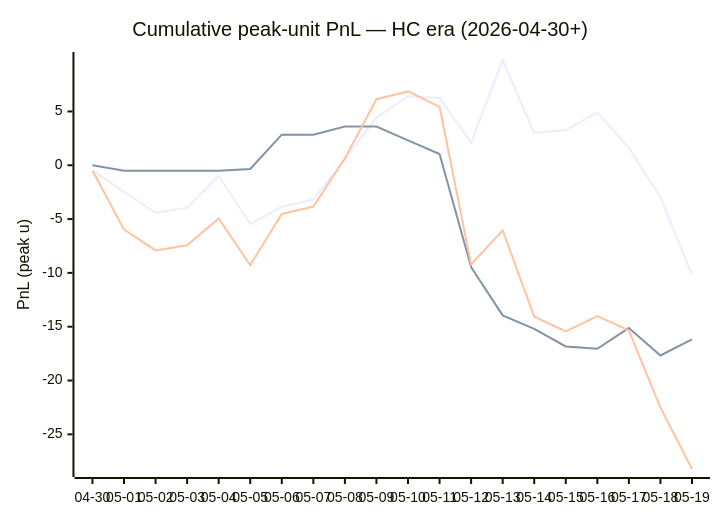
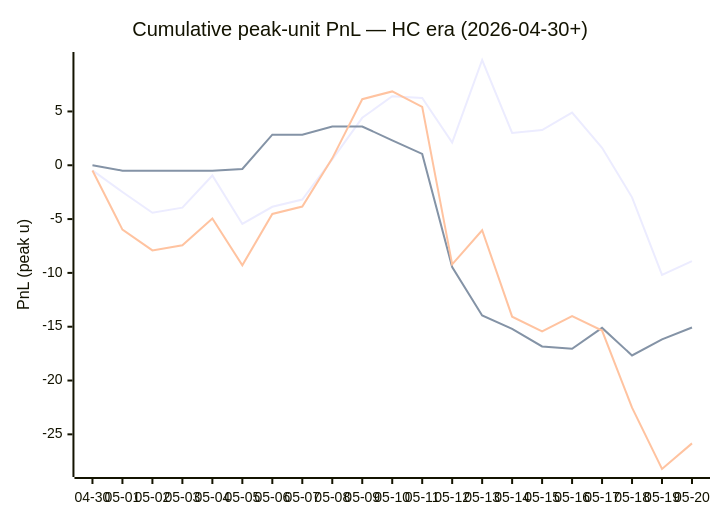
One commit to dpk1212/nhl-savant changed the diagram in DAILY_V6_REPORT.md. Above: the diagram before and after it, drawn with Mermaid. The commit also changed other lines of this file, not shown here.

````diff
--- a/DAILY_V6_REPORT.md
+++ b/DAILY_V6_REPORT.md
@@ -176,9 +180,9 @@
 ```mermaid
 xychart-beta
     title "Cumulative peak-unit PnL — HC era (2026-04-30+)"
-    x-axis ["04-30", "05-01", "05-02", "05-03", "05-04", "05-05", "05-06", "05-07", "05-08", "05-09", "05-10", "05-11", "05-12", "05-13", "05-14", "05-15", "05-16", "05-17", "05-18", "05-19"]
+    x-axis ["04-30", "05-01", "05-02", "05-03", "05-04", "05-05", "05-06", "05-07", "05-08", "05-09", "05-10", "05-11", "05-12", "05-13", "05-14", "05-15", "05-16", "05-17", "05-18", "05-19", "05-20"]
     y-axis "PnL (peak u)"
-    line "HC ≥ +1" [-0.48, -2.48, -4.41, -3.94, -0.95, -5.45, -3.86, -3.18, 0.54, 4.41, 6.41, 6.25, 2.11, 9.78, 3.00, 3.27, 4.90, 1.62, -2.98, -10.18]
-    line "HC = 0"  [0.00, -0.50, -0.50, -0.50, -0.50, -0.34, 2.84, 2.84, 3.60, 3.60, 2.32, 1.05, -9.45, -13.95, -15.20, -16.83, -17.05, -15.11, -17.67, -16.17]
-    line "All (HC era)" [-0.48, -5.98, -7.91, -7.44, -4.95, -9.29, -4.52, -3.84, 0.64, 6.14, 6.86, 5.43, -9.21, -6.04, -14.07, -15.43, -14.02, -15.36, -22.52, -28.22]
+    line "HC ≥ +1" [-0.48, -2.48, -4.41, -3.94, -0.95, -5.45, -3.86, -3.18, 0.54, 4.41, 6.41, 6.25, 2.11, 9.78, 3.00, 3.27, 4.90, 1.62, -2.98, -10.18, -8.90]
+    line "HC = 0"  [0.00, -0.50, -0.50, -0.50, -0.50, -0.34, 2.84, 2.84, 3.60, 3.60, 2.32, 1.05, -9.45, -13.95, -15.20, -16.83, -17.05, -15.11, -17.67, -16.17, -15.07]
+    line "All (HC era)" [-0.48, -5.98, -7.91, -7.44, -4.95, -9.29, -4.52, -3.84, 0.64, 6.14, 6.86, 5.43, -9.21, -6.04, -14.07, -15.43, -14.02, -15.36, -22.52, -28.22, -25.84]
 ```
````
